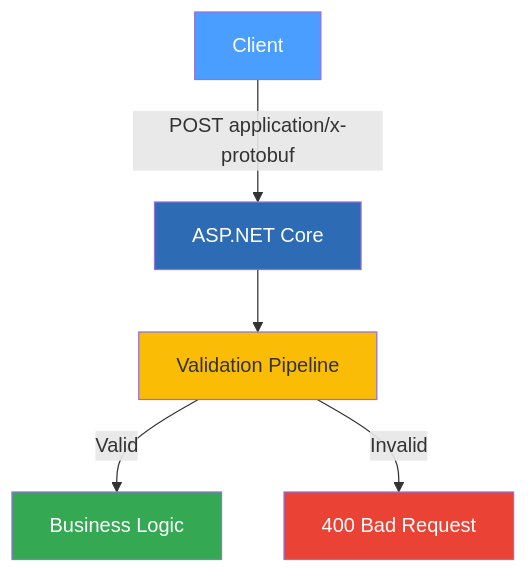
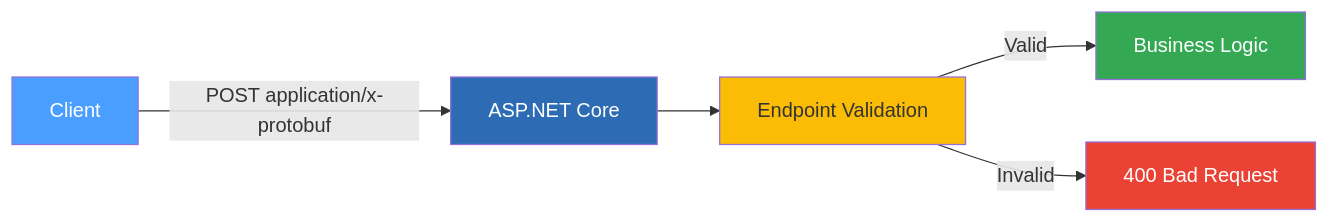
The second of 2 diagrams in Writerside/topics/normal_setup.md (IsMikeTaken/ProtobuffEncoder), drawn with Mermaid before and after one commit. The commit also changed other lines of this file and 28 other files, not shown here.

````diff
--- a/Writerside/topics/normal_setup.md
+++ b/Writerside/topics/normal_setup.md
@@ -54,13 +89,13 @@
 ```mermaid
-flowchart TD
+flowchart LR
     A["Client"] -->|"POST application/x-protobuf"| B["ASP.NET Core"]
-    B --> C["Validation Pipeline"]
+    B --> C["Endpoint Validation"]
     C -->|Valid| D["Business Logic"]
     C -->|Invalid| E["400 Bad Request"]
 
     style A fill:#4a9eff,color:#fff
     style B fill:#2d6cb4,color:#fff
     style C fill:#fbbc05,color:#333
     style D fill:#34a853,color:#fff
     style E fill:#ea4335,color:#fff
 ```
````
